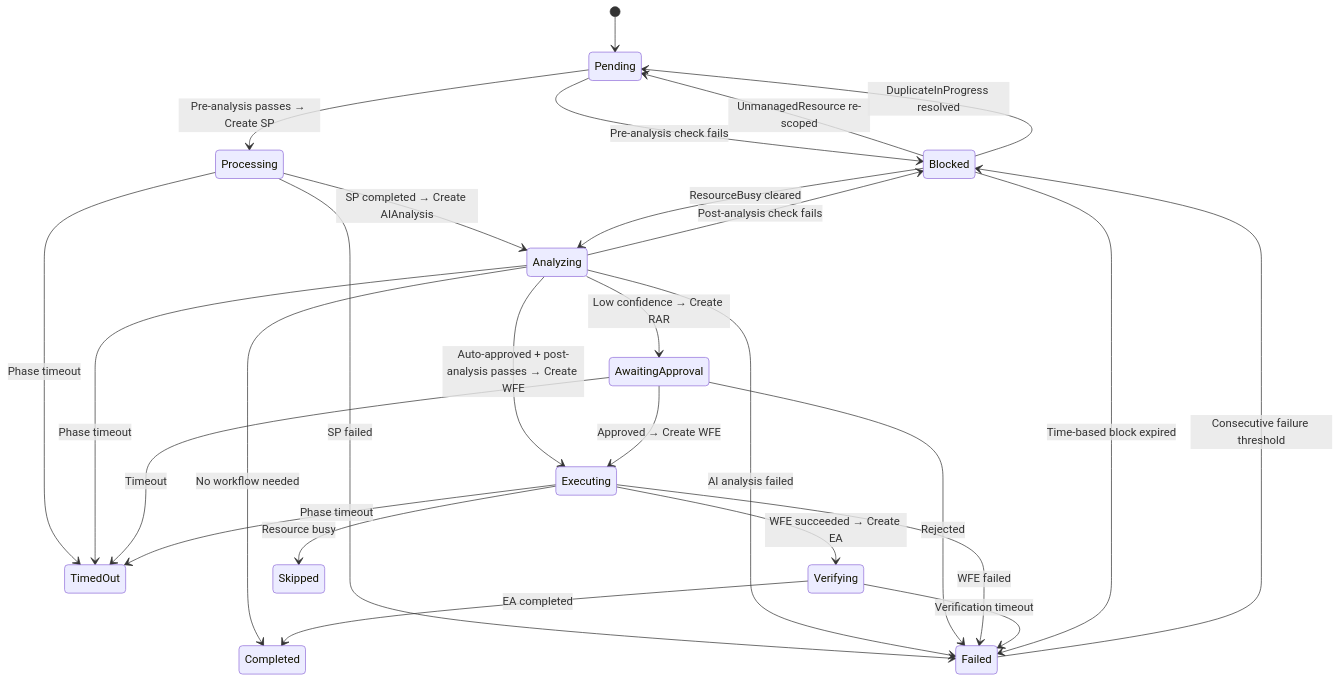
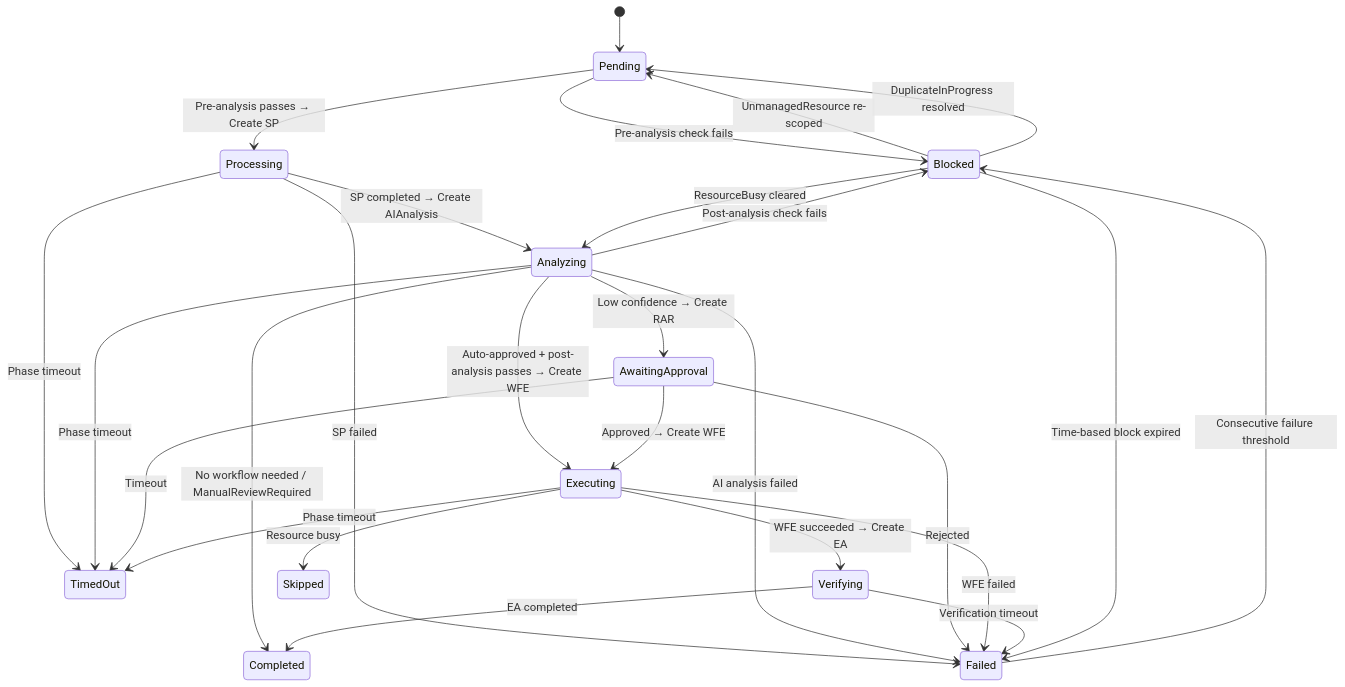
One commit to jordigilh/kubernaut-docs changed the diagram in docs/architecture/remediation-routing.md. Above: the diagram before and after it, drawn with Mermaid. The commit also changed other lines of this file and 3 other files, not shown here.

First line of the commit message:
docs: three-phase RCA, ManualReviewRequired outcome, enrichment audit events

````diff
--- a/docs/architecture/remediation-routing.md
+++ b/docs/architecture/remediation-routing.md
@@ -20,29 +20,29 @@
 ```mermaid
 stateDiagram-v2
     [*] --> Pending
     Pending --> Blocked : Pre-analysis check fails
     Pending --> Processing : Pre-analysis passes → Create SP
     Processing --> Analyzing : SP completed → Create AIAnalysis
     Processing --> Failed : SP failed
     Processing --> TimedOut : Phase timeout
     Analyzing --> AwaitingApproval : Low confidence → Create RAR
     Analyzing --> Executing : Auto-approved + post-analysis passes → Create WFE
     Analyzing --> Blocked : Post-analysis check fails
-    Analyzing --> Completed : No workflow needed
+    Analyzing --> Completed : No workflow needed / ManualReviewRequired
     Analyzing --> Failed : AI analysis failed
     Analyzing --> TimedOut : Phase timeout
     AwaitingApproval --> Executing : Approved → Create WFE
     AwaitingApproval --> Failed : Rejected
     AwaitingApproval --> TimedOut : Timeout
     Executing --> Verifying : WFE succeeded → Create EA
     Executing --> Failed : WFE failed
     Executing --> Skipped : Resource busy
     Executing --> TimedOut : Phase timeout
     Verifying --> Completed : EA completed
     Verifying --> Failed : Verification timeout
     Blocked --> Pending : UnmanagedResource re-scoped
     Blocked --> Pending : DuplicateInProgress resolved
     Blocked --> Analyzing : ResourceBusy cleared
     Blocked --> Failed : Time-based block expired
     Failed --> Blocked : Consecutive failure threshold
 ```
````
